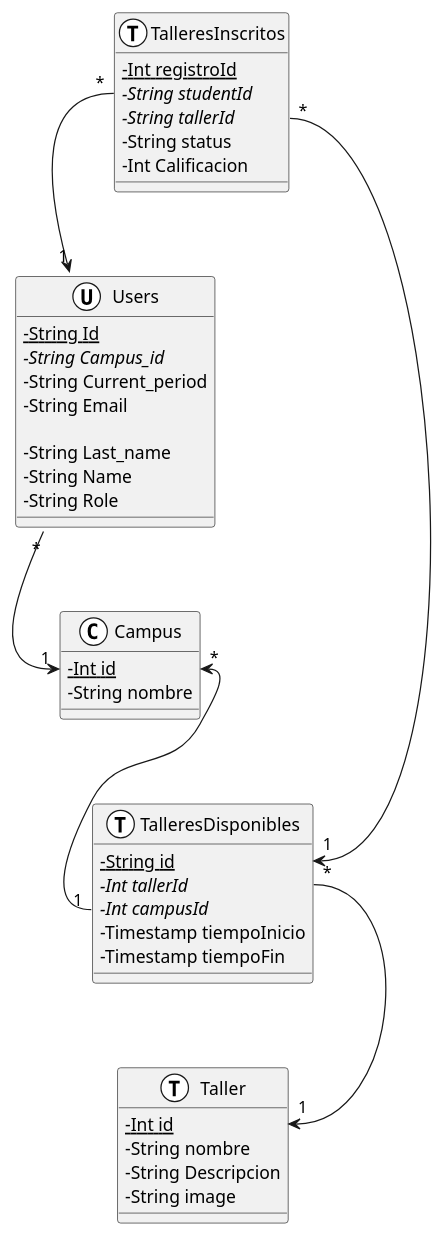
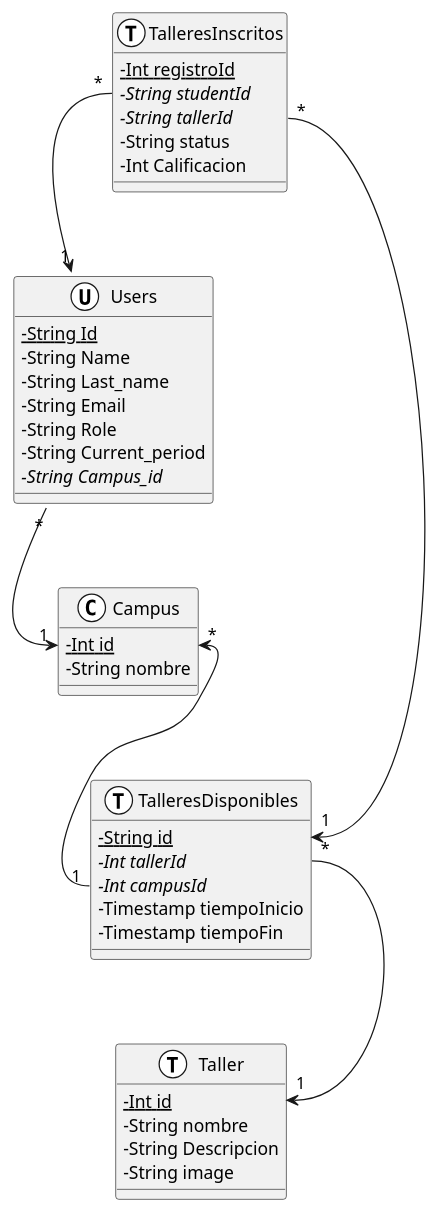
The diagram in Reto/Base de datos.md (facund015/codeRelatedObsidianNotes), drawn with PlantUML before and after one commit. The commit also changed 1 other file, not shown here.

Commit message:
vault backup: 2021-12-01 18:00:03

````diff
--- a/Reto/Base de datos.md
+++ b/Reto/Base de datos.md
@@ -2,55 +2,54 @@
 ```plantuml
 @startuml
 skinparam classAttributeIconSize 0
 
 class Users <<(U,white)>> {
 	-{static} String Id
+	-String Name
+	-String Last_name
+	-String Email
+	-String Role
+	-String Current_period
 	{abstract} -String Campus_id
-	-String Current_period
-	-String Email
-	
-	-String Last_name
-	-String Name
-	-String Role
 }
 
 class Campus <<(C,white)>> {
 	{static} -Int id
 	-String nombre
 }
 
 class Taller <<(T,white)>> {
     {static} -Int id 
     - String nombre
 	- String Descripcion
     - String image
 }
 class TalleresDisponibles <<(T, white)>> {
 	{static} -String id
 	{abstract} -Int tallerId
 	{abstract} -Int campusId
 	-Timestamp tiempoInicio
 	-Timestamp tiempoFin
 }
 class TalleresInscritos <<(T,white)>> {
 	{static} -Int registroId 
 	{abstract} -String studentId
 	{abstract} -String tallerId
 	-String status
 	-Int Calificacion
 }
 
 
 
 
 
 
 TalleresInscritos::studentId "*" --> "1" Users::matricula
 TalleresInscritos::tallerId "*" --> "1" TalleresDisponibles::id
 TalleresDisponibles::tallerId "*" --> "1" Taller::id
 Campus::id "*" <-- "1" TalleresDisponibles::campusId
 Users::campusId "*" --> "1" Campus::id
 
 
 @enduml
 ```
````
